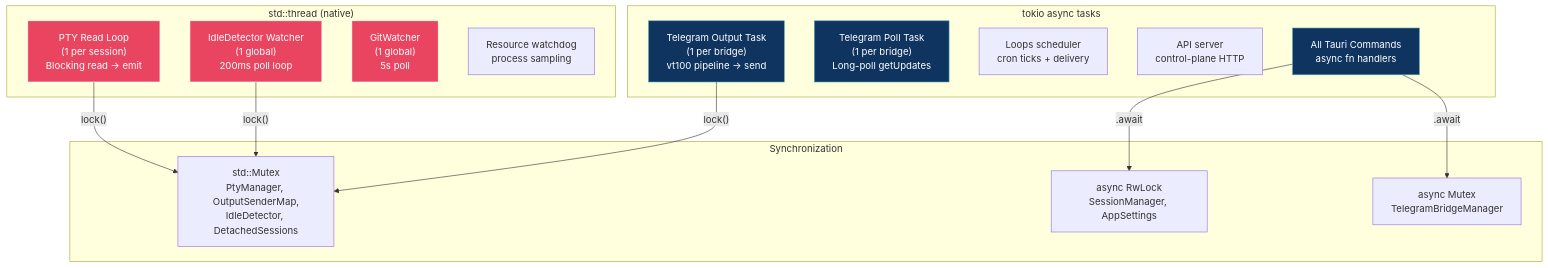
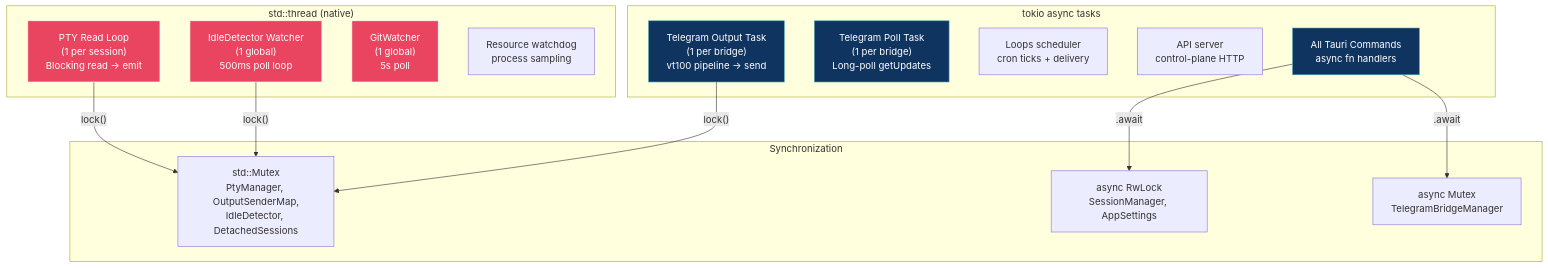
One commit to mblua/AgentsCommander changed diagram 14 of 14 in docs/reference/architecture.md. Above: the diagram before and after it, drawn with Mermaid. The commit also changed other lines of this file and 1 other file, not shown here.

First line of the commit message:
docs(1320): fix idle-detector timings and settings tab list

````diff
--- a/docs/reference/architecture.md
+++ b/docs/reference/architecture.md
@@ -675,36 +675,36 @@
 ```mermaid
 graph TD
     subgraph "std::thread (native)"
         T1["PTY Read Loop<br/>(1 per session)<br/>Blocking read → emit"]
-        T2["IdleDetector Watcher<br/>(1 global)<br/>200ms poll loop"]
+        T2["IdleDetector Watcher<br/>(1 global)<br/>500ms poll loop"]
         T3["GitWatcher<br/>(1 global)<br/>5s poll"]
         T4["Resource watchdog<br/>process sampling"]
     end
 
     subgraph "tokio async tasks"
         T5["Telegram Output Task<br/>(1 per bridge)<br/>vt100 pipeline → send"]
         T6["Telegram Poll Task<br/>(1 per bridge)<br/>Long-poll getUpdates"]
         T7["Loops scheduler<br/>cron ticks + delivery"]
         T8["API server<br/>control-plane HTTP"]
         T9["All Tauri Commands<br/>async fn handlers"]
     end
 
     subgraph "Synchronization"
         M1["std::Mutex<br/>PtyManager, OutputSenderMap,<br/>IdleDetector, DetachedSessions"]
         M2["async RwLock<br/>SessionManager, AppSettings"]
         M3["async Mutex<br/>TelegramBridgeManager"]
     end
 
     T1 -->|"lock()"| M1
     T2 -->|"lock()"| M1
     T5 -->|"lock()"| M1
     T9 -->|".await"| M2
     T9 -->|".await"| M3
 
     style T1 fill:#e94560,stroke:#fff,color:#fff
     style T2 fill:#e94560,stroke:#fff,color:#fff
     style T3 fill:#e94560,stroke:#fff,color:#fff
     style T5 fill:#0f3460,stroke:#53a8b6,color:#fff
     style T6 fill:#0f3460,stroke:#53a8b6,color:#fff
     style T9 fill:#0f3460,stroke:#53a8b6,color:#fff
 ```
````
